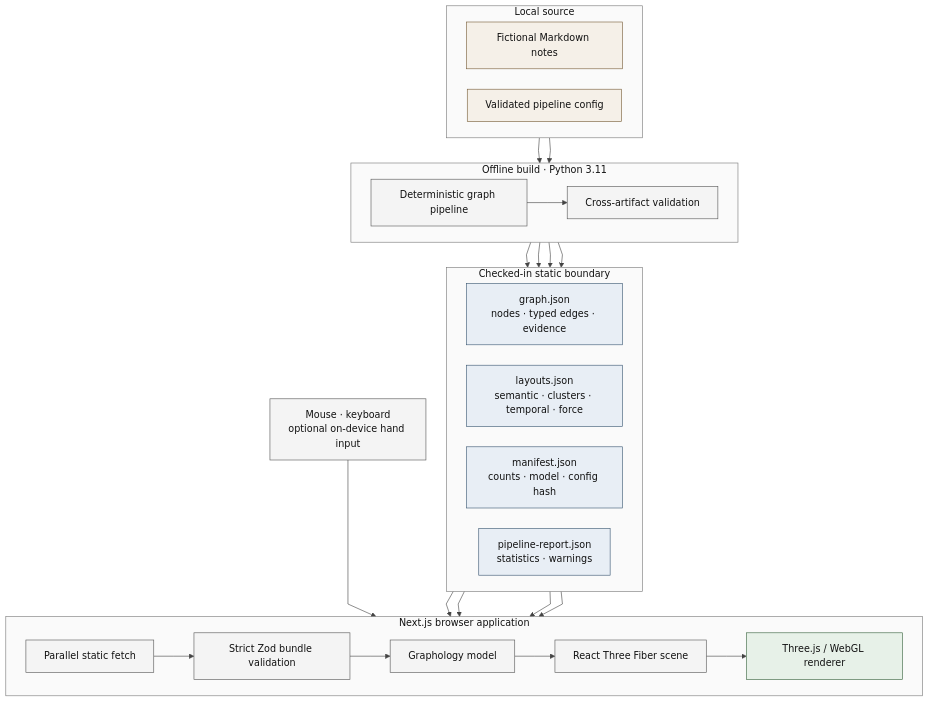
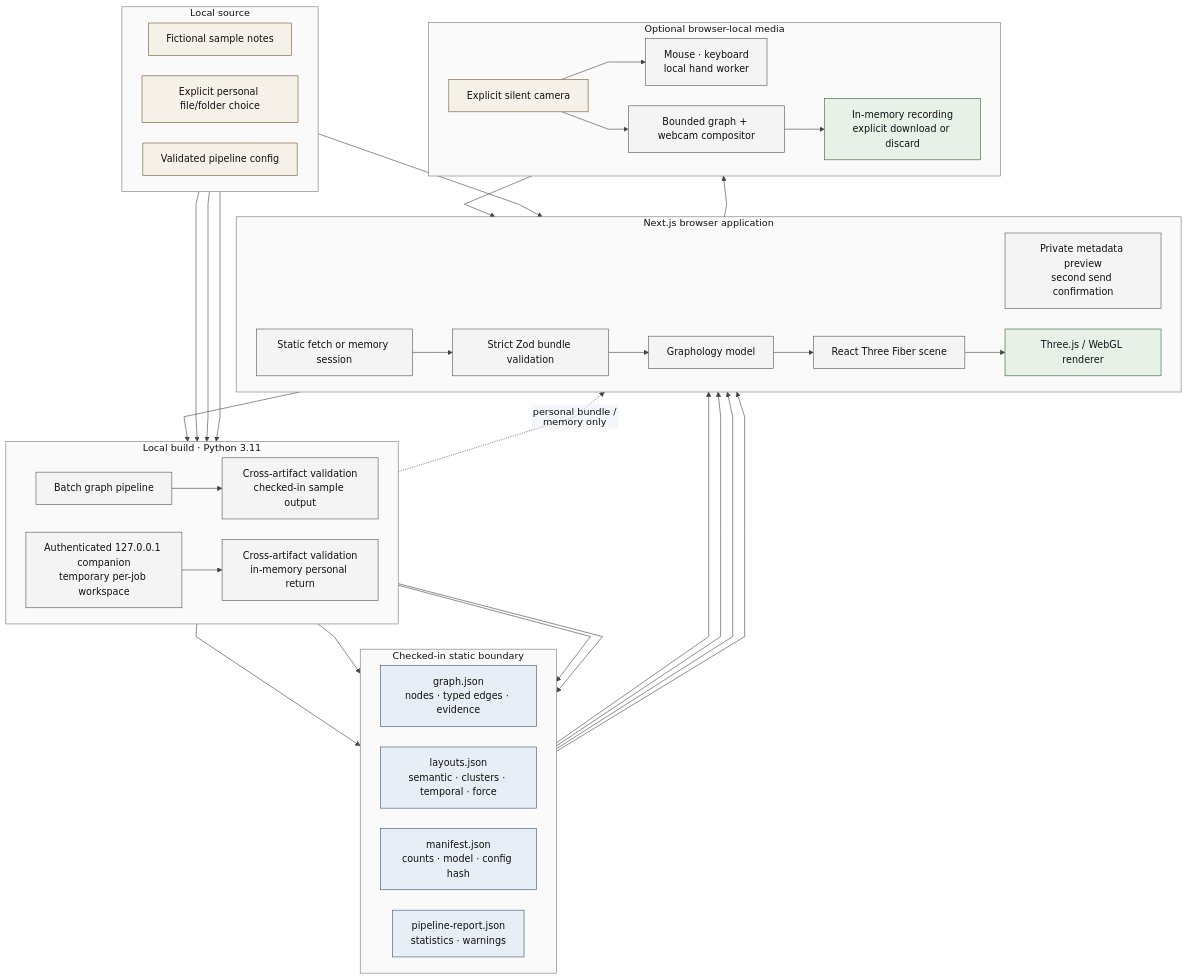
One commit to SyedBaqarAbbas/touch-traversal changed the diagram in docs/diagrams/system-architecture.mmd. Above: the diagram before and after it, drawn with Mermaid. The commit also changed 44 other files, not shown here.

Commit message:
feat: harden and release personal graph studio (THO-69)

```diff
--- a/docs/diagrams/system-architecture.mmd
+++ b/docs/diagrams/system-architecture.mmd
@@ -1,85 +1,102 @@
 ---
 config:
   theme: base
   themeVariables:
     background: "#ffffff"
     primaryColor: "#f4f4f4"
     primaryTextColor: "#111111"
     primaryBorderColor: "#555555"
     secondaryColor: "#e8eef5"
     secondaryTextColor: "#111111"
     secondaryBorderColor: "#385570"
     tertiaryColor: "#f5f0e8"
     tertiaryTextColor: "#111111"
     tertiaryBorderColor: "#765b36"
     lineColor: "#444444"
     clusterBkg: "#fafafa"
     clusterBorder: "#777777"
     fontFamily: "ui-sans-serif, system-ui, sans-serif"
     fontSize: "16px"
   flowchart:
     curve: linear
     htmlLabels: false
     nodeSpacing: 34
     rankSpacing: 42
 ---
 flowchart TB
     accTitle: Touch Traversal system architecture
-    accDescr: Fictional Markdown notes pass through a deterministic offline Python pipeline into four static JSON artifacts. The Next.js application validates the bundle, constructs a Graphology model, and renders it with React Three Fiber and WebGL. Mouse, keyboard, and optional local hand input drive the scene without an application backend.
+    accDescr: Fictional sample notes build four checked-in static artifacts. Explicitly selected personal notes can instead cross authenticated loopback into a temporary Python companion and return as an in-memory session. The browser validates either bundle, renders one Graphology model, and accepts mouse, keyboard, or optional local hand input. An explicit local compositor can create a downloadable silent recording.
 
     subgraph SOURCE["Local source"]
         direction LR
-        NOTES["Fictional Markdown notes"]
+        NOTES["Fictional sample notes"]
+        PERSONAL["Explicit personal file/folder choice"]
         CONFIG["Validated pipeline config"]
     end
 
-    subgraph BUILD["Offline build · Python 3.11"]
+    subgraph BUILD["Local build · Python 3.11"]
         direction LR
-        PIPELINE["Deterministic graph pipeline"]
-        CONTRACT["Cross-artifact validation"]
+        PIPELINE["Batch graph pipeline"]
+        COMPANION["Authenticated 127.0.0.1 companion\ntemporary per-job workspace"]
+        STATICCONTRACT["Cross-artifact validation\nchecked-in sample output"]
+        SESSIONCONTRACT["Cross-artifact validation\nin-memory personal return"]
     end
 
     subgraph STATIC["Checked-in static boundary"]
         direction LR
         GRAPH["graph.json\nnodes · typed edges · evidence"]
         LAYOUTS["layouts.json\nsemantic · clusters · temporal · force"]
         MANIFEST["manifest.json\ncounts · model · config hash"]
         REPORT["pipeline-report.json\nstatistics · warnings"]
     end
 
     subgraph BROWSER["Next.js browser application"]
         direction LR
-        LOAD["Parallel static fetch"]
+        PREVIEW["Private metadata preview\nsecond send confirmation"]
+        LOAD["Static fetch or memory session"]
         VALIDATE["Strict Zod bundle validation"]
         MODEL["Graphology model"]
         SCENE["React Three Fiber scene"]
         WEBGL["Three.js / WebGL renderer"]
     end
 
-    INPUT["Mouse · keyboard\noptional on-device hand input"]
+    subgraph MEDIA["Optional browser-local media"]
+        direction LR
+        INPUT["Mouse · keyboard\nlocal hand worker"]
+        CAMERA["Explicit silent camera"]
+        COMPOSITOR["Bounded graph + webcam compositor"]
+        RECORDING["In-memory recording\nexplicit download or discard"]
+    end
 
     NOTES --> PIPELINE
+    PERSONAL --> PREVIEW --> COMPANION
     CONFIG --> PIPELINE
-    PIPELINE --> CONTRACT
-    CONTRACT --> GRAPH
-    CONTRACT --> LAYOUTS
-    CONTRACT --> MANIFEST
-    CONTRACT --> REPORT
+    CONFIG --> COMPANION
+    PIPELINE --> STATICCONTRACT
+    COMPANION --> SESSIONCONTRACT
+    STATICCONTRACT --> GRAPH
+    STATICCONTRACT --> LAYOUTS
+    STATICCONTRACT --> MANIFEST
+    STATICCONTRACT --> REPORT
     GRAPH --> LOAD
     LAYOUTS --> LOAD
     MANIFEST --> LOAD
     REPORT --> LOAD
+    SESSIONCONTRACT -. "personal bundle / memory only" .-> LOAD
     LOAD --> VALIDATE
     VALIDATE --> MODEL
     MODEL --> SCENE
     INPUT --> SCENE
+    CAMERA --> INPUT
+    CAMERA --> COMPOSITOR
+    SCENE --> COMPOSITOR --> RECORDING
     SCENE --> WEBGL
 
     classDef source fill:#f5f0e8,stroke:#765b36,color:#111111;
     classDef process fill:#f4f4f4,stroke:#555555,color:#111111;
     classDef artifact fill:#e8eef5,stroke:#385570,color:#111111;
     classDef output fill:#e7f1e8,stroke:#38633d,color:#111111;
-    class NOTES,CONFIG source;
-    class PIPELINE,CONTRACT,LOAD,VALIDATE,MODEL,SCENE,INPUT process;
+    class NOTES,PERSONAL,CONFIG,CAMERA source;
+    class PIPELINE,COMPANION,STATICCONTRACT,SESSIONCONTRACT,PREVIEW,LOAD,VALIDATE,MODEL,SCENE,INPUT,COMPOSITOR process;
     class GRAPH,LAYOUTS,MANIFEST,REPORT artifact;
-    class WEBGL output;
+    class WEBGL,RECORDING output;
```
